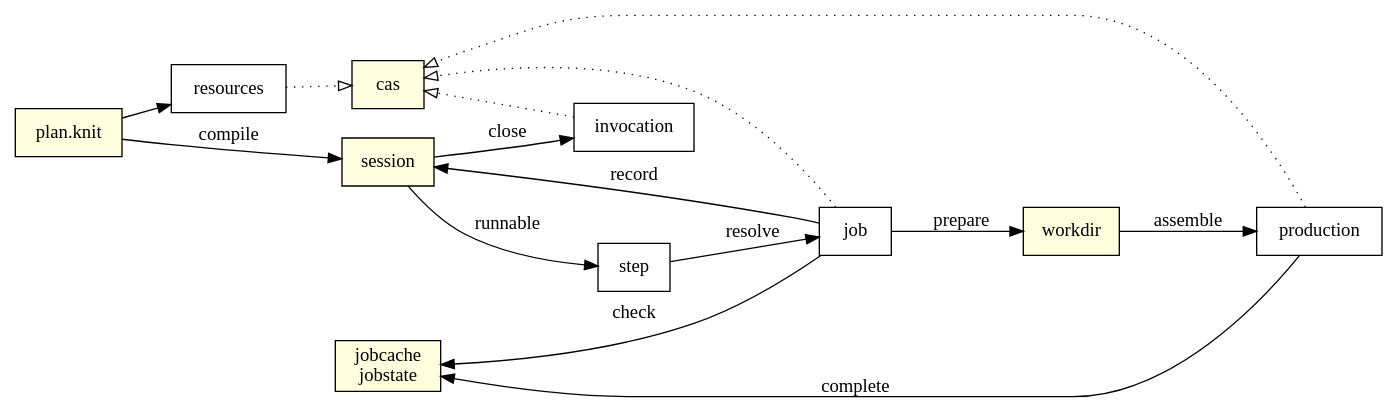
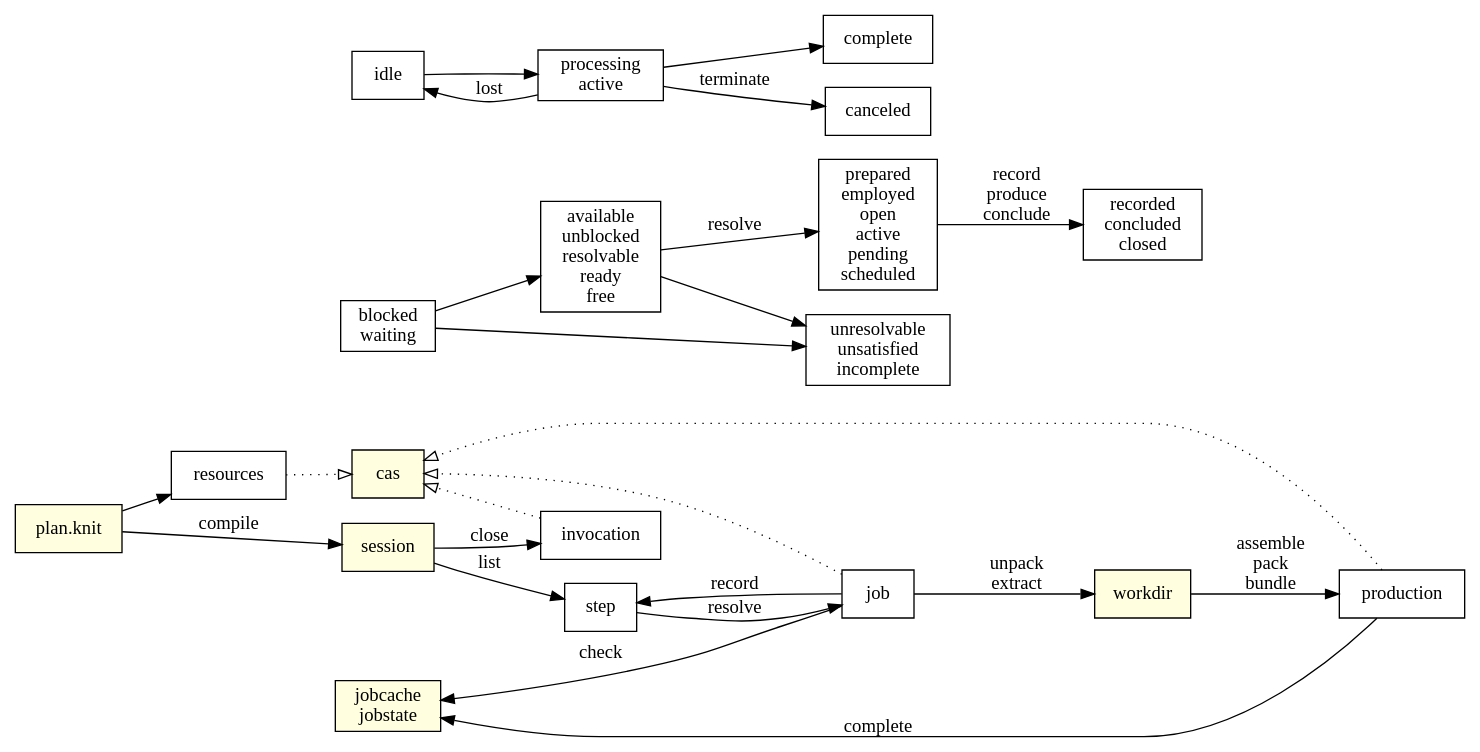
Before and after one commit to jmou/knit: the diagram in diagram.dot, drawn with Graphviz. The commit also changed 7 other files, not shown here.

```diff
--- a/diagram.dot
+++ b/diagram.dot
@@ -1,45 +1,62 @@
 digraph {
     rankdir=LR;
     node [shape=box];
 
     {
         node [style=filled,fillcolor=lightyellow];
 
         // session canonicalization to detect duplicate flows?
         "plan.knit";
         {
             rank=same;
             // .knit/sessions/xxxx
             session;
             // .knit/cas/xx/yyyy
             cas;
             // .knit/jobcache/xx/yyyy
+            // TODO this seems more appropriate on the workdir
             // .knit/jobcache/xx/yyyy.pending
             jobcache [label="jobcache\njobstate"];
         }
-        // .knit/workdirs/xx/yyyy/root
-        // .knit/workdirs/xx/yyyy/pid
+        // .knit/workdirs/xx/yyyy
         workdir;
     }
 
     "plan.knit" -> session [label=compile];
     "plan.knit" -> resources;
     step -> job [label=resolve];
-    job -> session [label=record];
     job -> jobcache [label=check];
-    session -> step [label=runnable];
+    job -> step [label=record];
+    session -> step [label=list];
     session -> invocation [label=close];
 
     // dispatch
-    job -> workdir [label=prepare];
-    workdir -> production [label=assemble];
+    job -> workdir [label="unpack\nextract"];
+    workdir -> production [label="assemble\npack\nbundle"];
     production -> jobcache [label=complete];
 
     {
         edge [style=dotted,arrowhead=empty];
         resources -> cas;
         job -> cas;
         production -> cas;
         invocation -> cas;
     }
+
+    // step states
+    blocked [label="blocked\nwaiting"];
+    available [label="available\nunblocked\nresolvable\nready\nfree"];
+    prepared [label="prepared\nemployed\nopen\nactive\npending\nscheduled"];
+    blocked -> available;
+    available -> prepared [label=resolve];
+    prepared -> "recorded\nconcluded\nclosed" [label="record\nproduce\nconclude"];
+    { blocked available } -> "unresolvable\nunsatisfied\nincomplete";
+
+    // job states
+    processing [label="processing\nactive"];
+    idle -> processing -> complete;
+    processing -> canceled [label=terminate];
+    processing -> idle [label=lost];
+
+    { rank=same; blocked; idle; cas; }
 }
```
